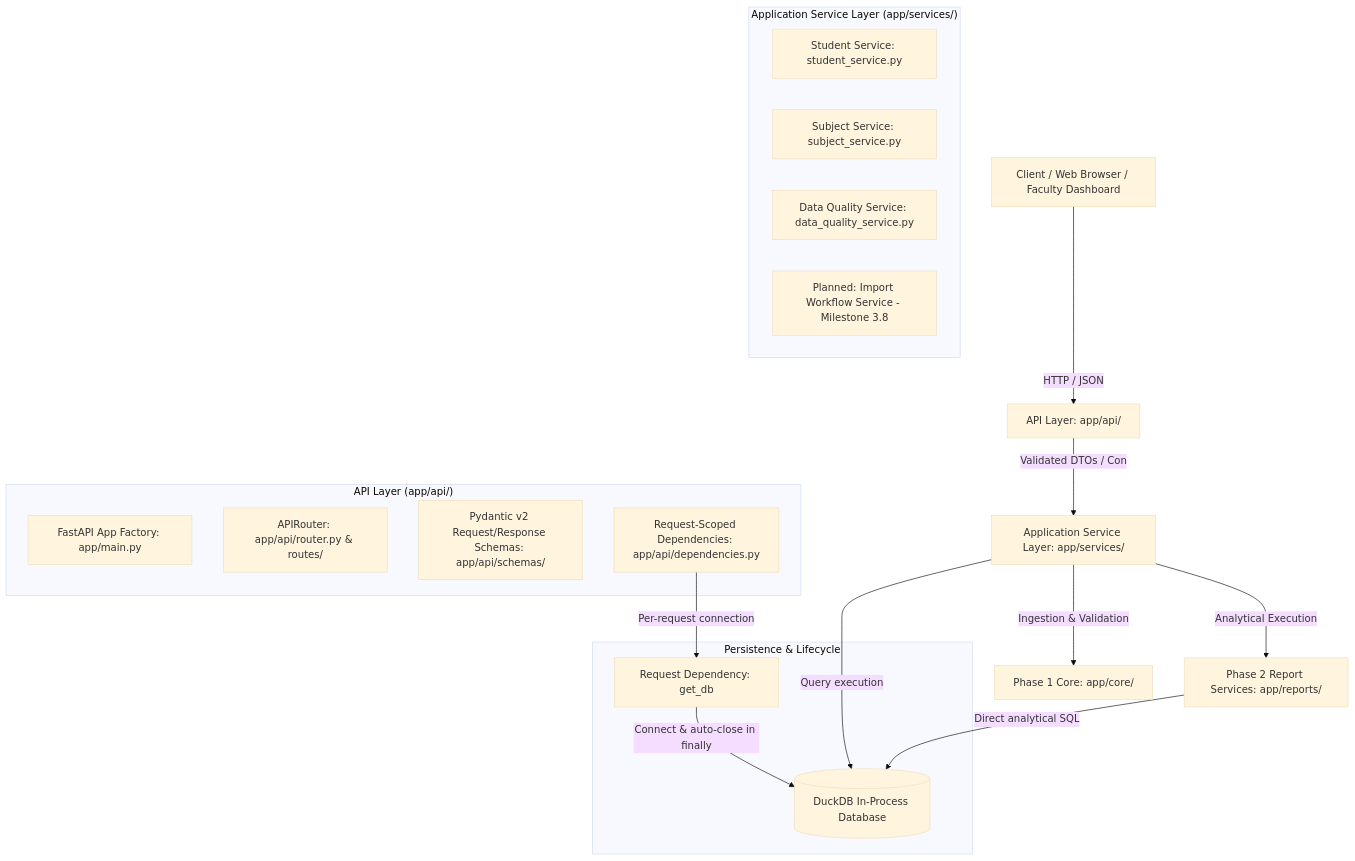
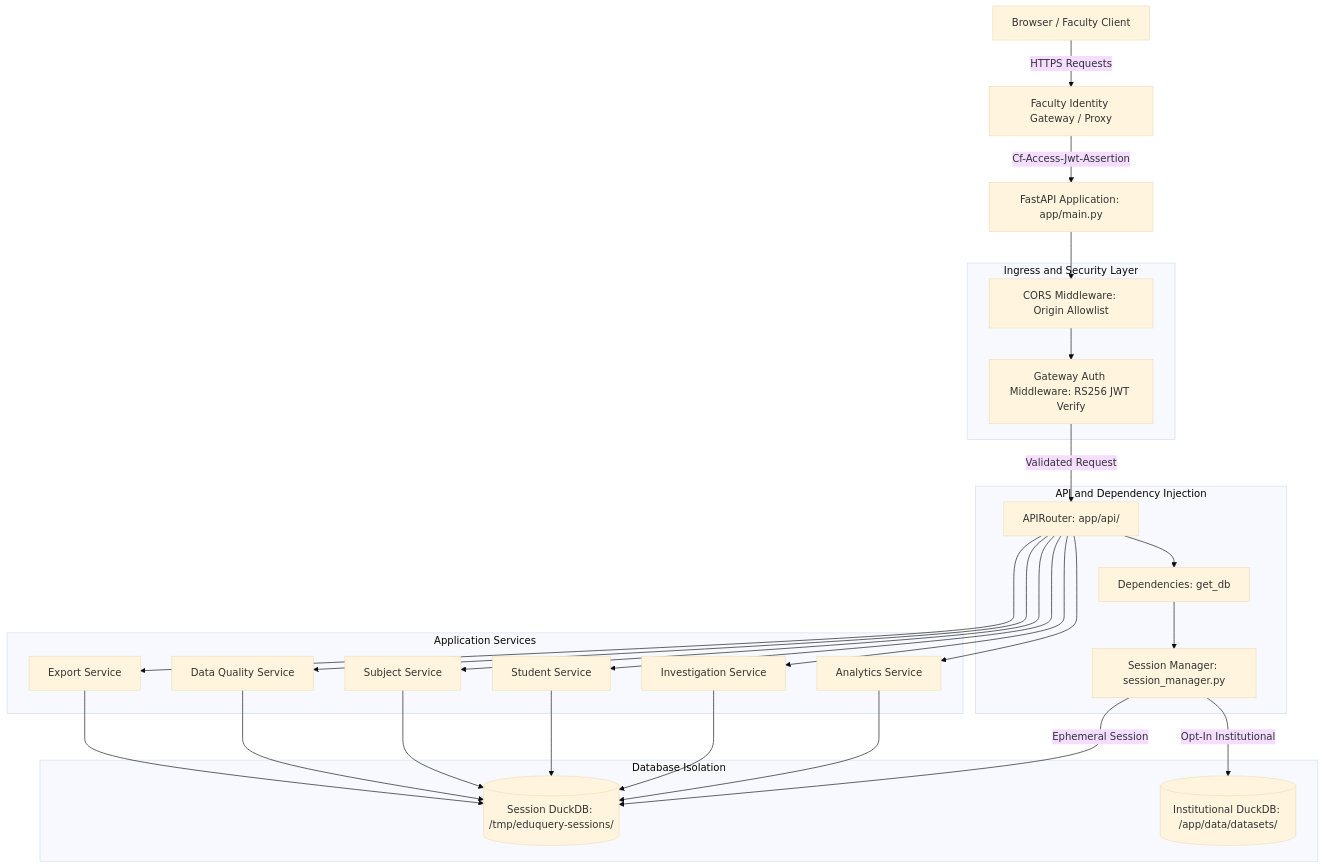
The diagram in docs/architecture.md (armash66/edu-query), drawn with Mermaid (base theme) before and after one commit. The commit also changed other lines of this file and 9 other files, not shown here.

Commit message:
docs: restructure system architecture, deployment, security, and developer guides

````diff
--- a/docs/architecture.md
+++ b/docs/architecture.md
@@ -53,33 +68,40 @@
 ```mermaid
 graph TD
-    Client[Client / Web Browser / Faculty Dashboard] -->|HTTP / JSON| API[API Layer: app/api/]
+    Client[Browser / Faculty Client] -->|HTTPS Requests| Gateway[Faculty Identity Gateway / Proxy]
+    Gateway -->|Cf-Access-Jwt-Assertion| ASGI[FastAPI Application: app/main.py]
     
-    subgraph "API Layer (app/api/)"
-        Main[FastAPI App Factory: app/main.py]
-        Routers[APIRouter: app/api/router.py & routes/]
-        Schemas[Pydantic v2 Request/Response Schemas: app/api/schemas/]
-        Deps[Request-Scoped Dependencies: app/api/dependencies.py]
+    subgraph "Ingress and Security Layer"
+        CORS[CORS Middleware: Origin Allowlist]
+        AuthGate[Gateway Auth Middleware: RS256 JWT Verify]
+        CORS --> AuthGate
     end
     
-    API -->|Validated DTOs / Con| Service[Application Service Layer: app/services/]
+    ASGI --> CORS
+    AuthGate -->|Validated Request| Routers[APIRouter: app/api/]
     
-    subgraph "Application Service Layer (app/services/)"
-        StudentService[Student Service: student_service.py]
-        SubjectService[Subject Service: subject_service.py]
-        QualityService[Data Quality Service: data_quality_service.py]
-        ImportService[Planned: Import Workflow Service - Milestone 3.8]
+    subgraph "API and Dependency Injection"
+        Routers --> Deps[Dependencies: get_db]
+        Deps --> SessionMgr[Session Manager: session_manager.py]
     end
     
-    Service -->|Analytical Execution| Reports[Phase 2 Report Services: app/reports/]
-    Service -->|Ingestion & Validation| Core[Phase 1 Core: app/core/]
-    
-    subgraph "Persistence & Lifecycle"
-        GetDB[Request Dependency: get_db]
-        DuckDB[(DuckDB In-Process Database)]
+    subgraph "Application Services"
+        Routers --> ServAnalytics[Analytics Service]
+        Routers --> ServInvestigate[Investigation Service]
+        Routers --> ServStudents[Student Service]
+        Routers --> ServSubjects[Subject Service]
+        Routers --> ServQuality[Data Quality Service]
+        Routers --> ServExport[Export Service]
     end
     
-    Deps -->|Per-request connection| GetDB
-    GetDB -->|Connect & auto-close in finally| DuckDB
-    Service -->|Query execution| DuckDB
-    Reports -->|Direct analytical SQL| DuckDB
+    subgraph "Database Isolation"
+        SessionMgr -->|Ephemeral Session| TempDB[(Session DuckDB: /tmp/eduquery-sessions/)]
+        SessionMgr -->|Opt-In Institutional| InstDB[(Institutional DuckDB: /app/data/datasets/)]
+    end
+    
+    ServAnalytics --> TempDB
+    ServInvestigate --> TempDB
+    ServStudents --> TempDB
+    ServSubjects --> TempDB
+    ServQuality --> TempDB
+    ServExport --> TempDB
 ```
````
